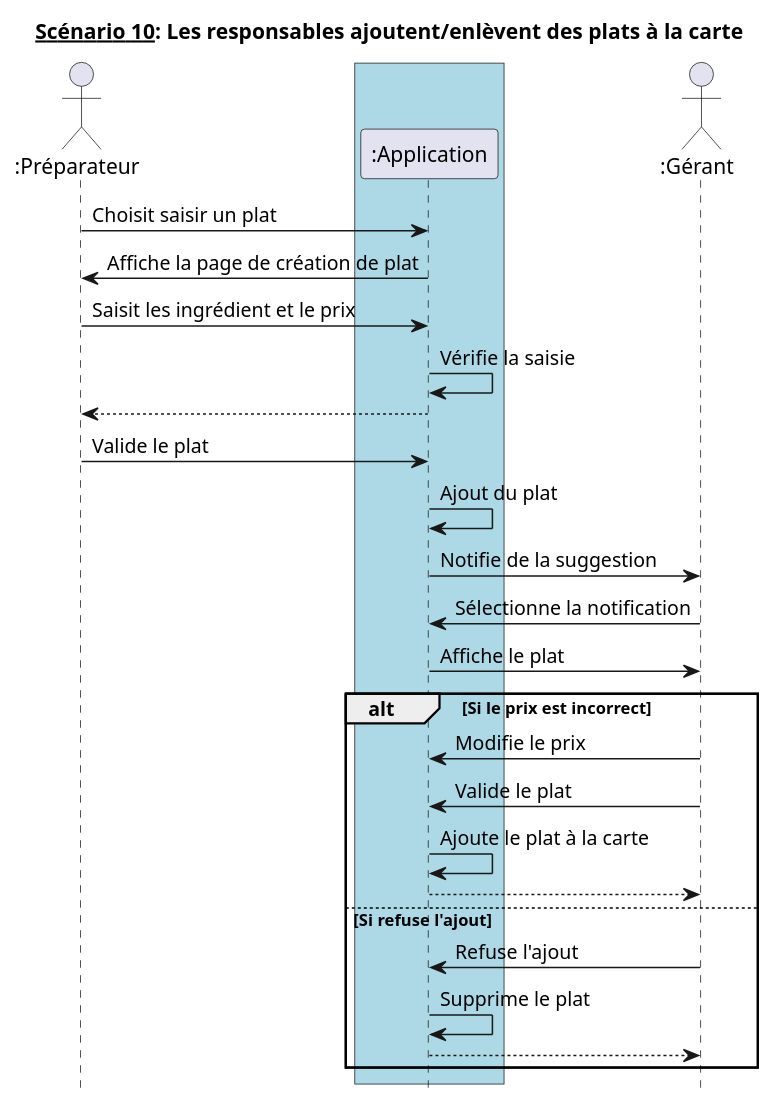
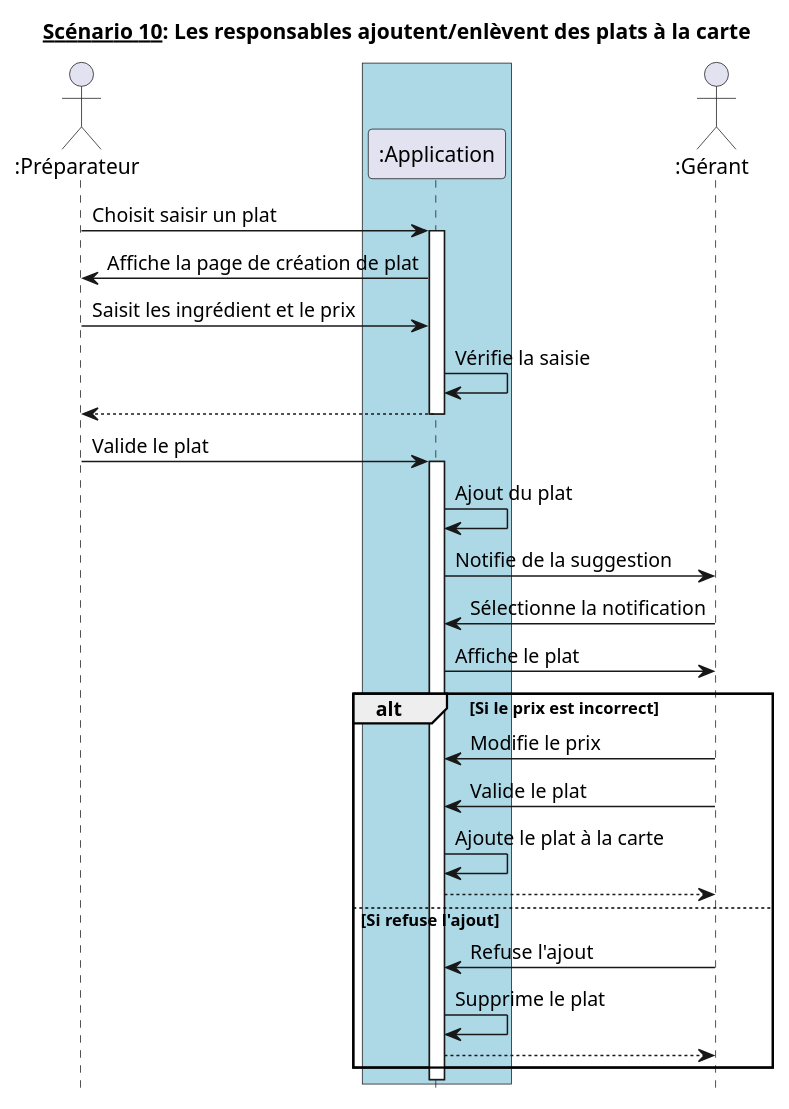
The diagram in diagrammes_sequences/ds10.md (hulskenA/GL-Les_seigneurs_du_resto), drawn with PlantUML before and after one commit. The commit also changed 15 other files, not shown here.

````diff
--- a/diagrammes_sequences/ds10.md
+++ b/diagrammes_sequences/ds10.md
@@ -1,40 +1,43 @@
 ```puml
 @startuml
 hide footbox
 title __Scénario 10__: Les responsables ajoutent/enlèvent des plats à la carte
 
 actor ":Préparateur" as Préparateur order 10
 actor ":Gérant" as Gérant order 30
 
 box #Lightblue
     participant ":Application" as app order 20
 endbox
 
 Préparateur -> app : Choisit saisir un plat
+activate app
 Préparateur <- app : Affiche la page de création de plat
 Préparateur -> app : Saisit les ingrédient et le prix
 
 app -> app : Vérifie la saisie
 
 Préparateur <-- app
+deactivate app
 Préparateur -> app : Valide le plat
+activate app
 
 app -> app : Ajout du plat
 
 Gérant <- app : Notifie de la suggestion
 Gérant -> app : Sélectionne la notification
 Gérant <- app : Affiche le plat
 
 alt Si le prix est incorrect
   Gérant -> app : Modifie le prix
     Gérant -> app : Valide le plat
     app -> app : Ajoute le plat à la carte
     Gérant <-- app
 else Si refuse l'ajout
   Gérant -> app : Refuse l'ajout
   app -> app : Supprime le plat
   Gérant <-- app
 end
 
 @enduml
 ```
````
